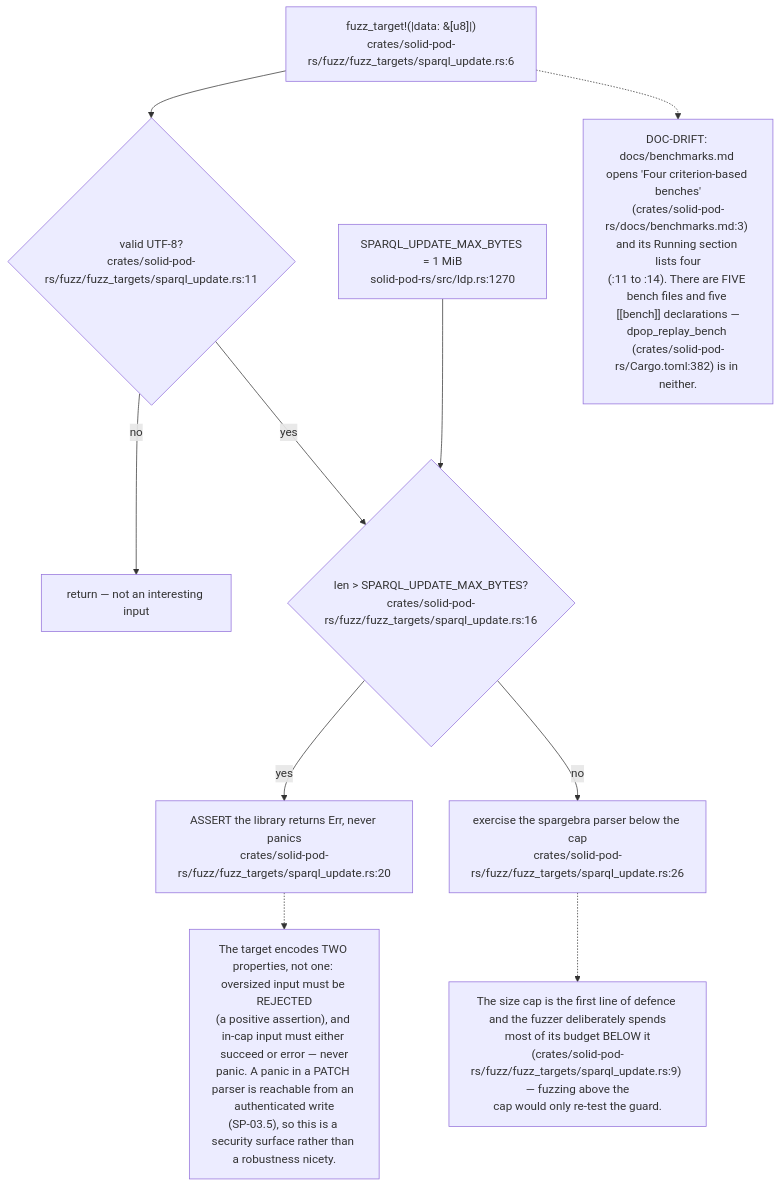
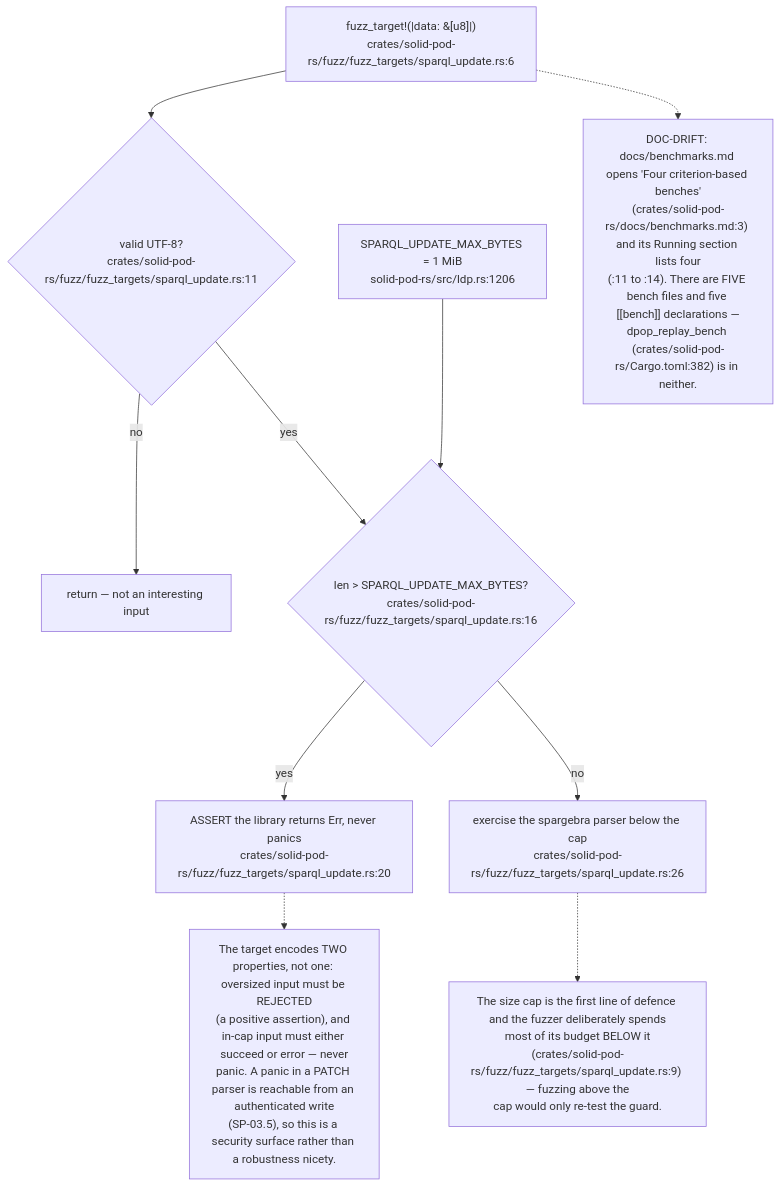
Before and after one commit to DreamLab-AI/VisionFlow: the ninth of 9 diagrams in docs/diagrams/solid-pod-rs/09-ci-release-and-consumer-pins.md, drawn with Mermaid. The commit also changed other lines of this file and 59 other files, not shown here.

First line of the commit message:
docs(diagrams): re-derive and re-stamp forum, website, pod, ontomark and sealmap topics

````diff
--- a/docs/diagrams/solid-pod-rs/09-ci-release-and-consumer-pins.md
+++ b/docs/diagrams/solid-pod-rs/09-ci-release-and-consumer-pins.md
@@ -338,24 +341,24 @@
 ```mermaid
 flowchart TD
     IN["fuzz_target!(|data: &[u8]|)<br/>crates/solid-pod-rs/fuzz/fuzz_targets/sparql_update.rs:6"]
     UTF{"valid UTF-8?<br/>crates/solid-pod-rs/fuzz/fuzz_targets/sparql_update.rs:11"}
     SKIP["return — not an interesting input"]
     CAP{"len > SPARQL_UPDATE_MAX_BYTES?<br/>crates/solid-pod-rs/fuzz/fuzz_targets/sparql_update.rs:16"}
     ASSERT["ASSERT the library returns Err, never panics<br/>crates/solid-pod-rs/fuzz/fuzz_targets/sparql_update.rs:20"]
     PARSE["exercise the spargebra parser below the cap<br/>crates/solid-pod-rs/fuzz/fuzz_targets/sparql_update.rs:26"]
-    LIM["SPARQL_UPDATE_MAX_BYTES = 1 MiB<br/>solid-pod-rs/src/ldp.rs:1270"]
+    LIM["SPARQL_UPDATE_MAX_BYTES = 1 MiB<br/>solid-pod-rs/src/ldp.rs:1206"]
 
     IN --> UTF
     UTF -- no --> SKIP
     UTF -- yes --> CAP
     CAP -- yes --> ASSERT
     CAP -- no --> PARSE
     LIM --> CAP
 
     N["The target encodes TWO properties, not one: oversized input must be REJECTED<br/>(a positive assertion), and in-cap input must either succeed or error — never<br/>panic. A panic in a PATCH parser is reachable from an authenticated write<br/>(SP-03.5), so this is a security surface rather than a robustness nicety."]
     ASSERT -.-> N
     N2["The size cap is the first line of defence and the fuzzer deliberately spends<br/>most of its budget BELOW it<br/>(crates/solid-pod-rs/fuzz/fuzz_targets/sparql_update.rs:9) — fuzzing above the<br/>cap would only re-test the guard."]
     PARSE -.-> N2
     N3["DOC-DRIFT: docs/benchmarks.md opens 'Four criterion-based benches'<br/>(crates/solid-pod-rs/docs/benchmarks.md:3) and its Running section lists four<br/>(:11 to :14). There are FIVE bench files and five [[bench]] declarations —<br/>dpop_replay_bench (crates/solid-pod-rs/Cargo.toml:382) is in neither."]
     IN -.-> N3
 ```
````
